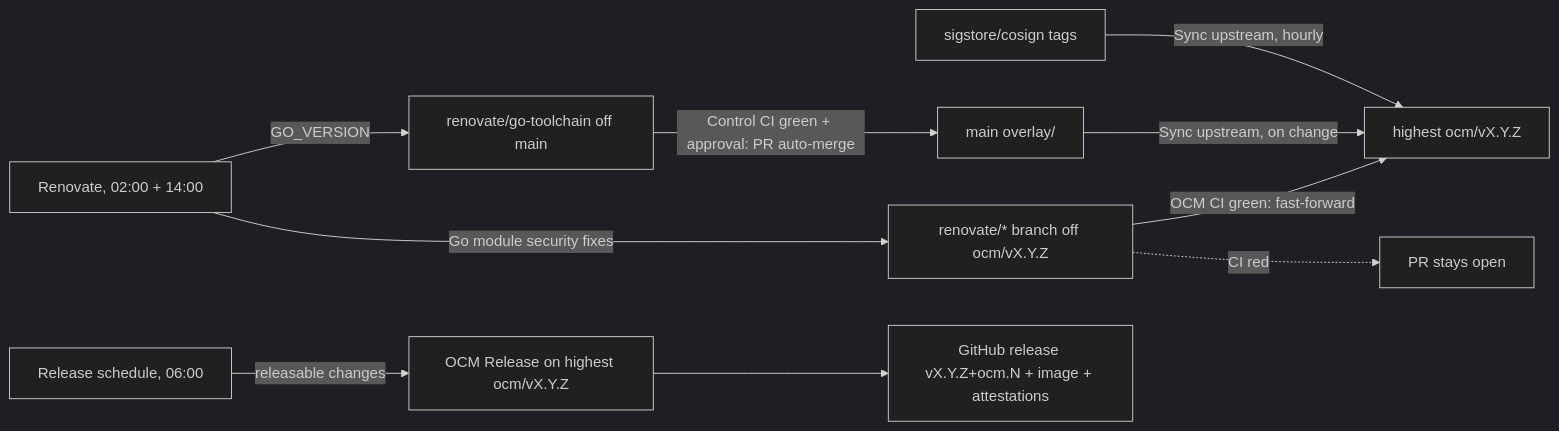
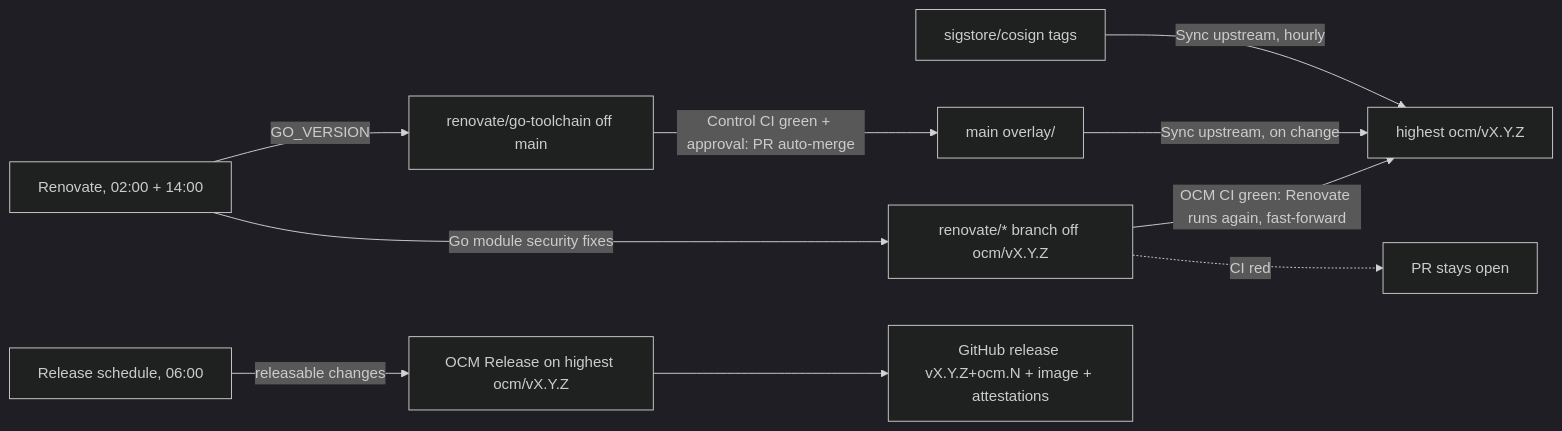
Before and after one commit to open-component-model/cosign: the diagram in docs/maintenance.md, drawn with Mermaid (dark theme). The commit also changed other lines of this file and 2 other files, not shown here.

First line of the commit message:
fix(renovate): fast-forward maintenance updates right after green CI (#39)

````diff
--- a/docs/maintenance.md
+++ b/docs/maintenance.md
@@ -11,12 +11,12 @@
 ```mermaid
 flowchart LR
   U[sigstore/cosign tags] -->|Sync upstream, hourly| B[highest ocm/vX.Y.Z]
   O[main overlay/] -->|Sync upstream, on change| B
   R[Renovate, 02:00 + 14:00] -->|Go module security fixes| RB[renovate/* branch off ocm/vX.Y.Z]
   R -->|GO_VERSION| RM[renovate/go-toolchain off main]
-  RB -->|OCM CI green: fast-forward| B
+  RB -->|OCM CI green: Renovate runs again, fast-forward| B
   RM -->|Control CI green + approval: PR auto-merge| O
   RB -.->|CI red| P[PR stays open]
   S[Release schedule, 06:00] -->|releasable changes| REL[OCM Release on highest ocm/vX.Y.Z]
   REL --> A[GitHub release vX.Y.Z+ocm.N + image + attestations]
 ```
````
